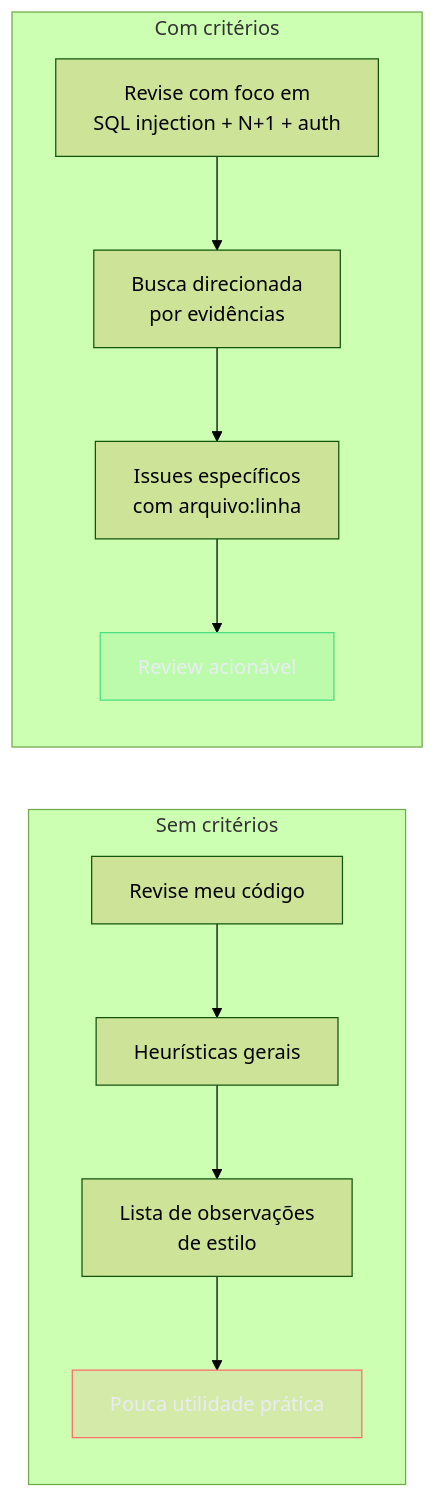
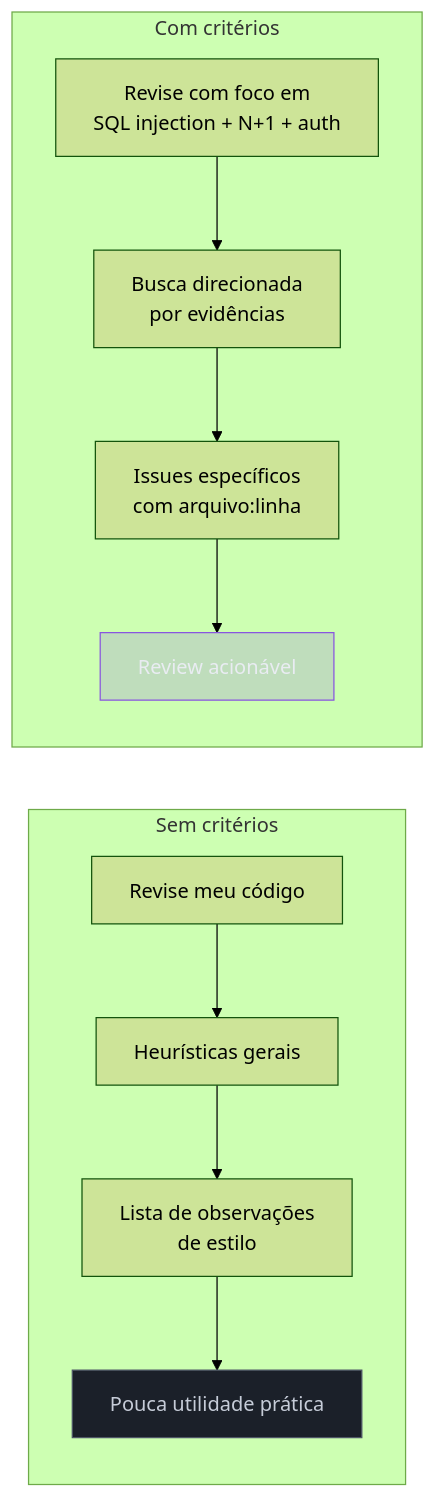
Before and after one commit to josenaldo/codex-technomanticus: the first of 2 diagrams in 03-Dominios/Tecnologia/IA/Claude Code/Workflows/05 - Code review.md, drawn with Mermaid (forest theme). The commit also changed 601 other files, not shown here.

````diff
--- a/03-Dominios/Tecnologia/IA/Claude Code/Workflows/05 - Code review.md
+++ b/03-Dominios/Tecnologia/IA/Claude Code/Workflows/05 - Code review.md
@@ -30,19 +30,19 @@
 ```mermaid
 flowchart LR
-    classDef falha fill:#FF6B6B24,stroke:#FF6B6B,color:#E9ECF2
-    classDef ok fill:#4ADE8021,stroke:#4ADE80,color:#E9ECF2
+    classDef marca fill:#8855DF33,stroke:#8855DF,color:#E9ECF2
+    classDef neutro fill:#1B2029,stroke:#4E5666,color:#C6CCD8
     subgraph SEM ["Sem critérios"]
         A[Revise meu código] --> B[Heurísticas gerais]
         B --> C[Lista de observações\nde estilo]
         C --> D[Pouca utilidade prática]
     end
 
     subgraph COM ["Com critérios"]
         E[Revise com foco em\nSQL injection + N+1 + auth] --> F[Busca direcionada\npor evidências]
         F --> G[Issues específicos\ncom arquivo:linha]
         G --> H[Review acionável]
     end
 
-    class D falha
-    class H ok
+    class D neutro
+    class H marca
 ```
````
